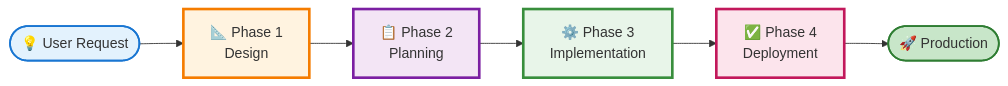
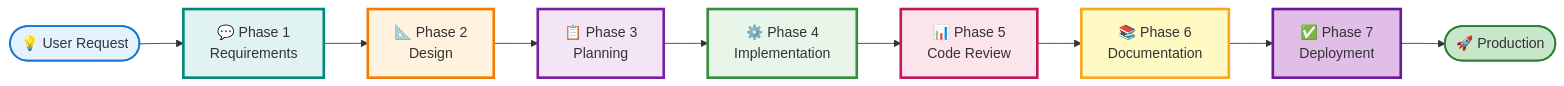
The diagram in README.md (Tsuchiya2/evaluator-driven-agent-flow), drawn with Mermaid before and after one commit. The commit also changed other lines of this file and 124 other files, not shown here.

````diff
--- a/README.md
+++ b/README.md
@@ -30,15 +33,21 @@
 ```mermaid
 graph LR
-    Start([💡 User Request]) --> Phase1[📐 Phase 1<br/>Design]
-    Phase1 --> Phase2[📋 Phase 2<br/>Planning]
-    Phase2 --> Phase3[⚙️ Phase 3<br/>Implementation]
-    Phase3 --> Phase4[✅ Phase 4<br/>Deployment]
-    Phase4 --> End([🚀 Production])
+    Start([💡 User Request]) --> Phase1[💬 Phase 1<br/>Requirements]
+    Phase1 --> Phase2[📐 Phase 2<br/>Design]
+    Phase2 --> Phase3[📋 Phase 3<br/>Planning]
+    Phase3 --> Phase4[⚙️ Phase 4<br/>Implementation]
+    Phase4 --> Phase5[📊 Phase 5<br/>Code Review]
+    Phase5 --> Phase6[📚 Phase 6<br/>Documentation]
+    Phase6 --> Phase7[✅ Phase 7<br/>Deployment]
+    Phase7 --> End([🚀 Production])
 
     style Start fill:#e3f2fd,stroke:#1976d2,stroke-width:2px
-    style Phase1 fill:#fff3e0,stroke:#f57c00,stroke-width:3px
-    style Phase2 fill:#f3e5f5,stroke:#7b1fa2,stroke-width:3px
-    style Phase3 fill:#e8f5e9,stroke:#388e3c,stroke-width:3px
-    style Phase4 fill:#fce4ec,stroke:#c2185b,stroke-width:3px
+    style Phase1 fill:#e0f2f1,stroke:#00897b,stroke-width:3px
+    style Phase2 fill:#fff3e0,stroke:#f57c00,stroke-width:3px
+    style Phase3 fill:#f3e5f5,stroke:#7b1fa2,stroke-width:3px
+    style Phase4 fill:#e8f5e9,stroke:#388e3c,stroke-width:3px
+    style Phase5 fill:#fce4ec,stroke:#c2185b,stroke-width:3px
+    style Phase6 fill:#fff9c4,stroke:#f9a825,stroke-width:3px
+    style Phase7 fill:#e1bee7,stroke:#6a1b9a,stroke-width:3px
     style End fill:#c8e6c9,stroke:#2e7d32,stroke-width:2px
 ```
````
